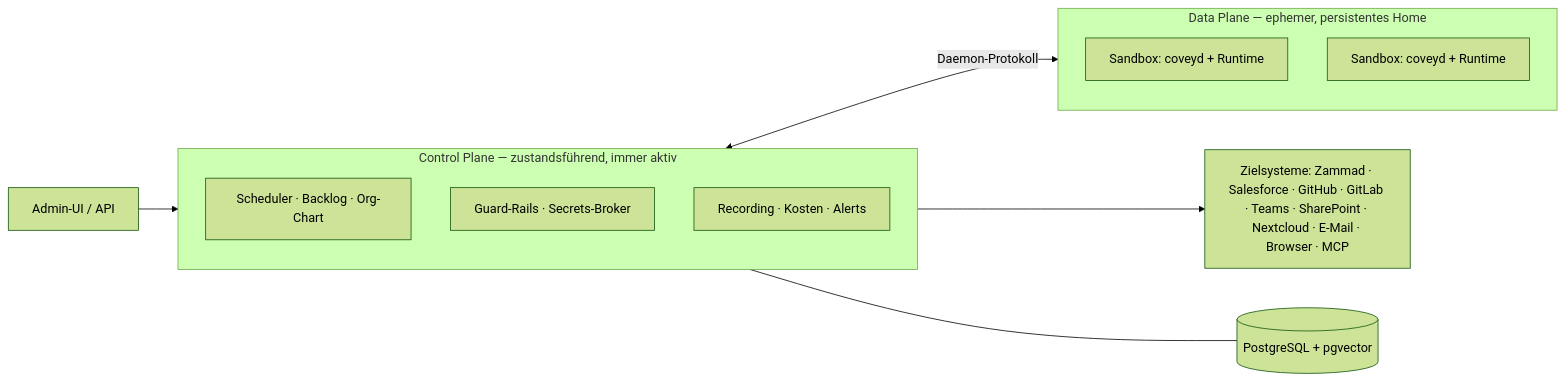
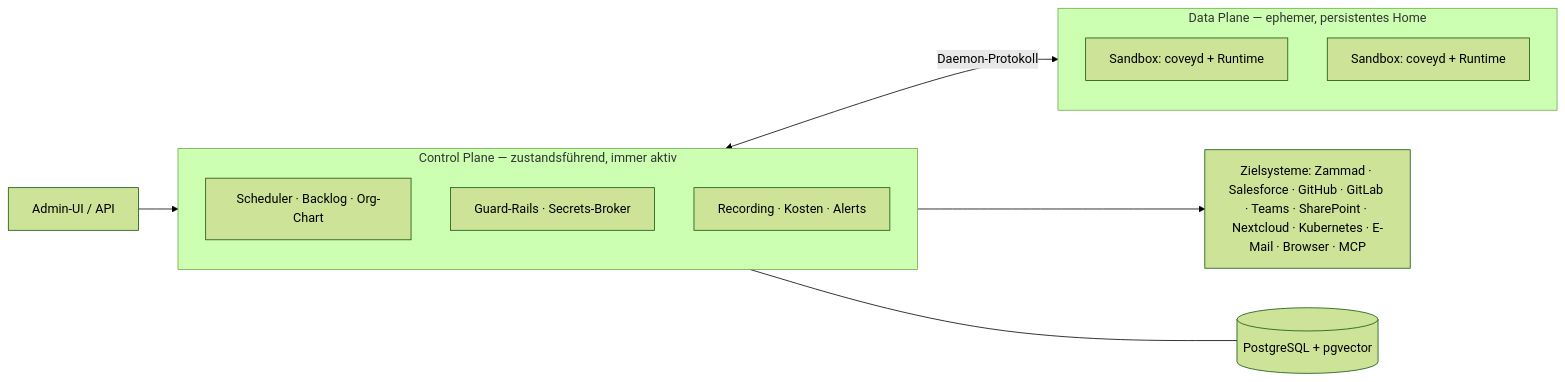
Before and after one commit to benjaminLedel/covey: the diagram in README.de.md, drawn with Mermaid (forest theme). The commit also changed other lines of this file and 11 other files, not shown here.

````diff
--- a/README.de.md
+++ b/README.de.md
@@ -110,21 +110,21 @@
 ```mermaid
 flowchart LR
     UI["Admin-UI / API"] --> CP
 
     subgraph CP["Control Plane — zustandsführend, immer aktiv"]
         direction TB
         SCHED["Scheduler · Backlog · Org-Chart"]
         GUARD["Guard-Rails · Secrets-Broker"]
         OBS["Recording · Kosten · Alerts"]
     end
 
     subgraph DP["Data Plane — ephemer, persistentes Home"]
         direction TB
         S1["Sandbox: coveyd + Runtime"]
         S2["Sandbox: coveyd + Runtime"]
     end
 
     CP <-->|Daemon-Protokoll| DP
-    CP --> TS["Zielsysteme: Zammad · Salesforce · GitHub · GitLab · Teams · SharePoint · Nextcloud · E-Mail · Browser · MCP"]
+    CP --> TS["Zielsysteme: Zammad · Salesforce · GitHub · GitLab · Teams · SharePoint · Nextcloud · Kubernetes · E-Mail · Browser · MCP"]
     CP --- DB[("PostgreSQL + pgvector")]
 ```
````
